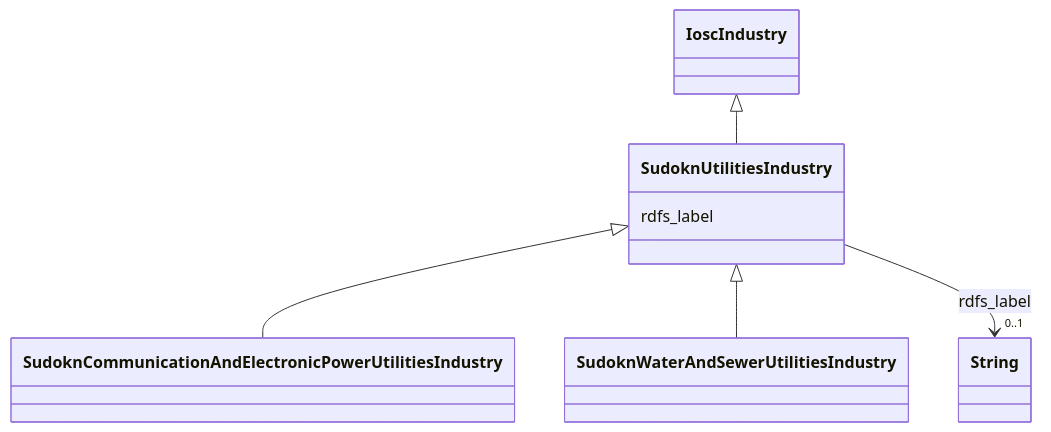
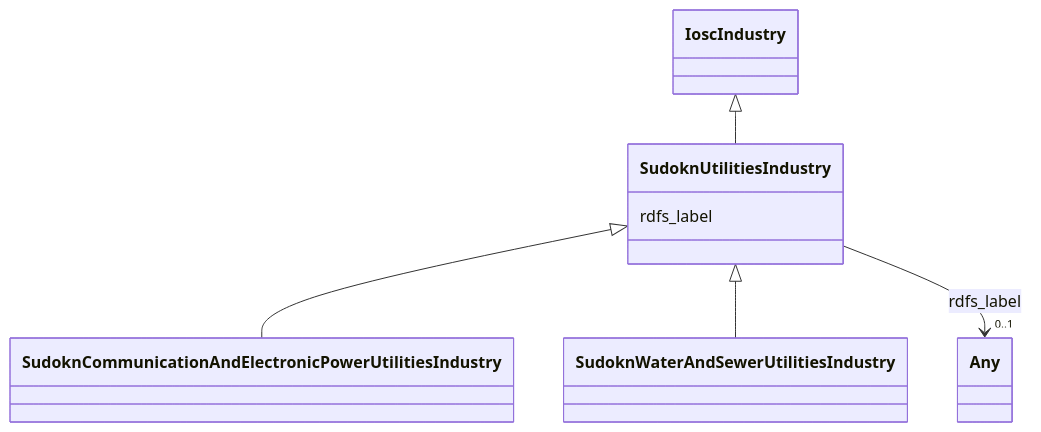
The diagram in sudokn-kg/classes/SudoknUtilitiesIndustry.md (frink-okn/graph-descriptions), drawn with Mermaid before and after one commit. The commit also changed other lines of this file and 903 other files, not shown here.

````diff
--- a/sudokn-kg/classes/SudoknUtilitiesIndustry.md
+++ b/sudokn-kg/classes/SudoknUtilitiesIndustry.md
@@ -23,25 +18,25 @@
 ```mermaid
  classDiagram
     class SudoknUtilitiesIndustry
     click SudoknUtilitiesIndustry href "../SudoknUtilitiesIndustry"
       IoscIndustry <|-- SudoknUtilitiesIndustry
         click IoscIndustry href "../IoscIndustry"
       
 
       SudoknUtilitiesIndustry <|-- SudoknCommunicationAndElectronicPowerUtilitiesIndustry
         click SudoknCommunicationAndElectronicPowerUtilitiesIndustry href "../SudoknCommunicationAndElectronicPowerUtilitiesIndustry"
       SudoknUtilitiesIndustry <|-- SudoknWaterAndSewerUtilitiesIndustry
         click SudoknWaterAndSewerUtilitiesIndustry href "../SudoknWaterAndSewerUtilitiesIndustry"
       
       
       SudoknUtilitiesIndustry : rdfs_label
         
           
     
     
-    SudoknUtilitiesIndustry --> "0..1" String : rdfs_label
-    click String href "../String"
+    SudoknUtilitiesIndustry --> "0..1" Any : rdfs_label
+    click Any href "../Any"
 
         
       
 ```
````
